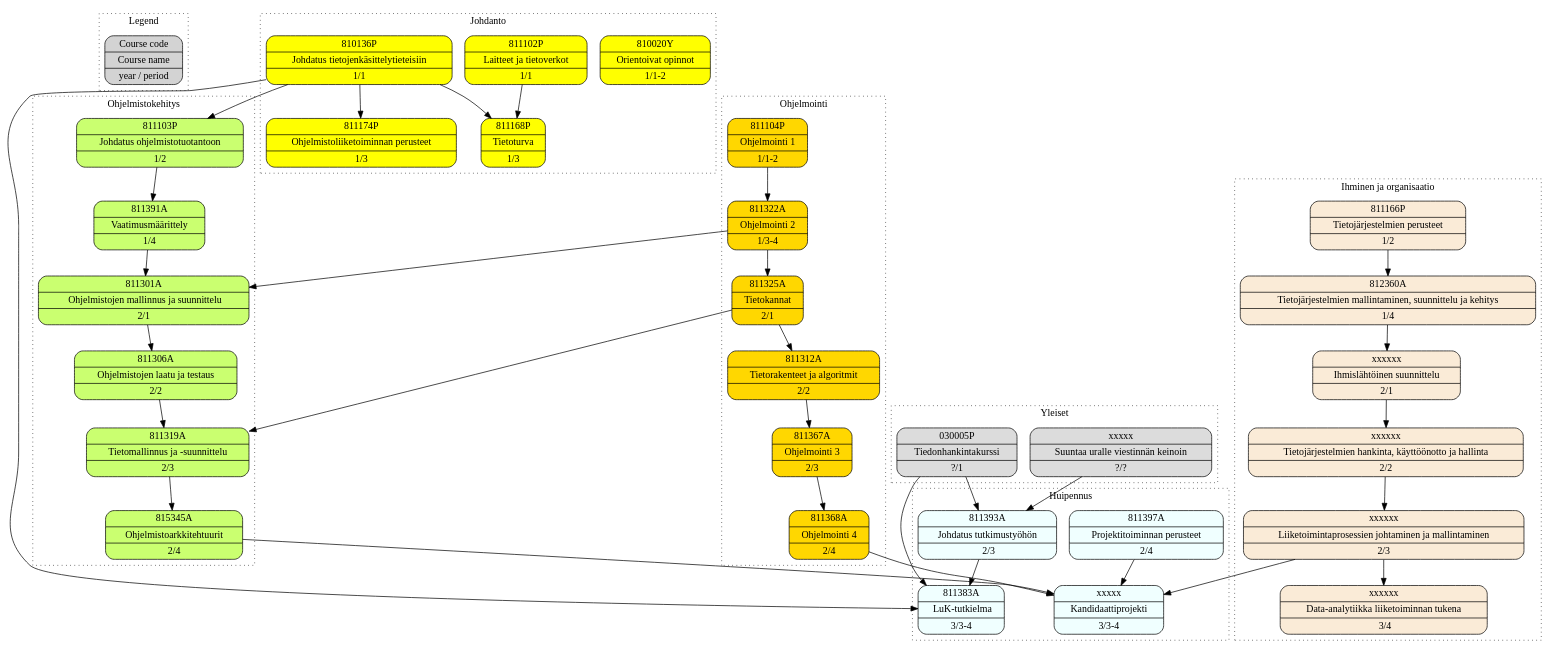
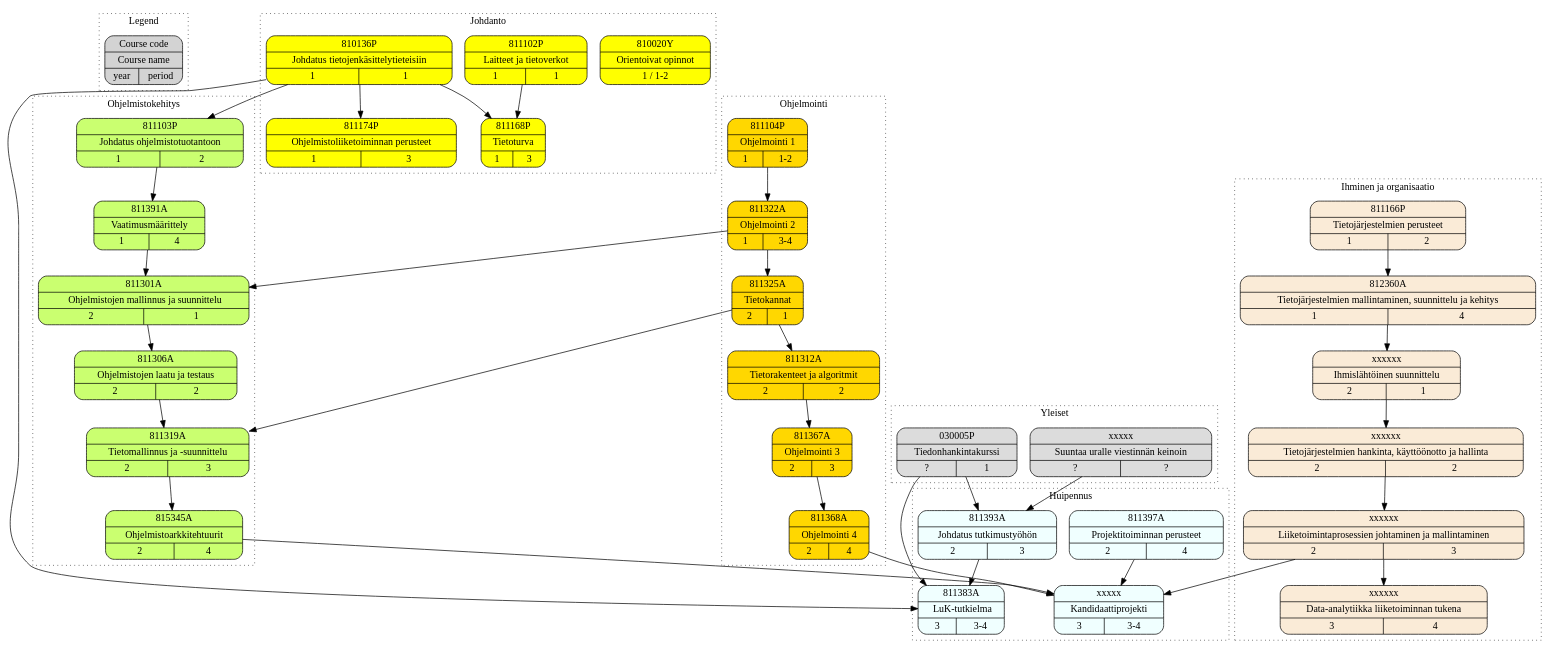
The diagram in LuK-courses.dot (anttijuu/tol-courses-graph), drawn with Graphviz before and after one commit. The commit also changed 1 other file, not shown here.

Commit message:
Separate sections for year and period in course node.

```diff
--- a/LuK-courses.dot
+++ b/LuK-courses.dot
@@ -1,110 +1,110 @@
 digraph TOLLuK {
    node [shape=record, style="rounded,filled"]
    
    subgraph cluster_Legend {
       graph[style=dotted]
       label="Legend"
-      legend [label="{ Course code | Course name | year / period }"]
+      legend [label="{ Course code | Course name | { year | period } }"]
    } 
 
    subgraph cluster_Yleiset {
       graph[style=dotted]
       label="Yleiset"
       node [fillcolor=gainsboro]
-      c030005P [label="{ 030005P | Tiedonhankintakurssi | ?/1 }"]
-      c0006 [label="{ xxxxx | Suuntaa uralle viestinnän keinoin | ?/? }"]
+      c030005P [label="{ 030005P | Tiedonhankintakurssi | { ? | 1 } }"]
+      c0006 [label="{ xxxxx | Suuntaa uralle viestinnän keinoin | { ? | ? } }"]
    }
    
    subgraph cluster_Johdanto {
       graph[style=dotted]
       label="Johdanto"
       node [fillcolor=yellow]
-      c810020Y [label="{ 810020Y | Orientoivat opinnot | 1/1-2 }"]
-      c810136P [label="{ 810136P | Johdatus tietojenkäsittelytieteisiin | 1/1 }"]
-      c811168P [label="{ 811168P | Tietoturva | 1/3 }"]
-      c811174P [label="{ 811174P | Ohjelmistoliiketoiminnan perusteet | 1/3 }"]
-      c811102P [label="{ 811102P | Laitteet ja tietoverkot | 1/1 }"]
+      c810020Y [label="{ 810020Y | Orientoivat opinnot | { 1 / 1-2 } }"]
+      c810136P [label="{ 810136P | Johdatus tietojenkäsittelytieteisiin | { 1 | 1 } }"]
+      c811168P [label="{ 811168P | Tietoturva | { 1 | 3 } }"]
+      c811174P [label="{ 811174P | Ohjelmistoliiketoiminnan perusteet | { 1 | 3 } }"]
+      c811102P [label="{ 811102P | Laitteet ja tietoverkot | { 1 | 1 } }"]
 
       c810136P -> c811168P
       c811102P -> c811168P
       c810136P -> c811174P
    }
    
    subgraph cluster_Ohjelmointi {
       graph[style=dotted]
       label="Ohjelmointi"
       node [fillcolor=gold1]
-      c811104P [label="{ 811104P | Ohjelmointi 1 | 1/1-2 }"]
-      c811322A [label="{ 811322A | Ohjelmointi 2 | 1/3-4 }"]
-      c811325A [label="{ 811325A | Tietokannat | 2/1 }"]
-      c811312A [label="{ 811312A | Tietorakenteet ja algoritmit | 2/2 }"]
-      c811367A [label="{ 811367A | Ohjelmointi 3 | 2/3 }"]
-      c811368A [label="{ 811368A | Ohjelmointi 4 | 2/4 }"]
+      c811104P [label="{ 811104P | Ohjelmointi 1 | { 1 | 1-2 } }"]
+      c811322A [label="{ 811322A | Ohjelmointi 2 | { 1 | 3-4 } }"]
+      c811325A [label="{ 811325A | Tietokannat | { 2 | 1 } }"]
+      c811312A [label="{ 811312A | Tietorakenteet ja algoritmit | { 2 | 2 } }"]
+      c811367A [label="{ 811367A | Ohjelmointi 3 | { 2 | 3 } }"]
+      c811368A [label="{ 811368A | Ohjelmointi 4 | { 2 | 4 } }"]
       
       c811104P -> c811322A
       c811312A -> c811367A
       c811367A -> c811368A
       c811325A -> c811312A
       c811322A -> c811325A
    }
    
    subgraph cluster_Ohjelmistokehitys {
       graph[style=dotted]
       label="Ohjelmistokehitys"
       node [fillcolor=darkolivegreen1]
-      c811103P [label="{ 811103P | Johdatus ohjelmistotuotantoon | 1/2 }"]
-      c811391A [label="{ 811391A | Vaatimusmäärittely | 1/4 }"]
-      c811301A [label="{ 811301A | Ohjelmistojen mallinnus ja suunnittelu | 2/1 }"]
-      c811306A [label="{ 811306A | Ohjelmistojen laatu ja testaus | 2/2 }"]
-      c811319A [label="{ 811319A | Tietomallinnus ja -suunnittelu | 2/3 }"]
-      c815345A [label="{ 815345A | Ohjelmistoarkkitehtuurit | 2/4 }"]
+      c811103P [label="{ 811103P | Johdatus ohjelmistotuotantoon | { 1 | 2 } }"]
+      c811391A [label="{ 811391A | Vaatimusmäärittely | { 1 | 4 } }"]
+      c811301A [label="{ 811301A | Ohjelmistojen mallinnus ja suunnittelu | { 2 | 1 } }"]
+      c811306A [label="{ 811306A | Ohjelmistojen laatu ja testaus | { 2 | 2 } }"]
+      c811319A [label="{ 811319A | Tietomallinnus ja -suunnittelu | { 2 | 3 } }"]
+      c815345A [label="{ 815345A | Ohjelmistoarkkitehtuurit | { 2 | 4 } }"]
       
       c810136P -> c811103P
       c811103P -> c811391A
       c811391A -> c811301A
       c811322A -> c811301A
       c811301A -> c811306A
       c811306A -> c811319A
       c811325A -> c811319A
       c811319A -> c815345A
    }
    
    subgraph cluster_IhminenOrganisaatio {
       graph[style=dotted]
       label="Ihminen ja organisaatio"
       node [fillcolor=antiquewhite]
-      c811166P [label="{ 811166P | Tietojärjestelmien perusteet | 1/2 }"]
-      c812360A [label="{ 812360A | Tietojärjestelmien mallintaminen, suunnittelu ja kehitys | 1/4 }"]
-      c0001 [label="{ xxxxxx | Ihmislähtöinen suunnittelu | 2/1 }"]
-      c0002 [label="{ xxxxxx | Tietojärjestelmien hankinta, käyttöönotto ja hallinta | 2/2 }"]
-      c0003 [label="{ xxxxxx | Liiketoimintaprosessien johtaminen ja mallintaminen | 2/3 }"]
-      c0004 [label="{ xxxxxx | Data-analytiikka liiketoiminnan tukena | 3/4 }"]      
+      c811166P [label="{ 811166P | Tietojärjestelmien perusteet | { 1 |2 } }"]
+      c812360A [label="{ 812360A | Tietojärjestelmien mallintaminen, suunnittelu ja kehitys | { 1 | 4 } }"]
+      c0001 [label="{ xxxxxx | Ihmislähtöinen suunnittelu | { 2 | 1 } }"]
+      c0002 [label="{ xxxxxx | Tietojärjestelmien hankinta, käyttöönotto ja hallinta | { 2 | 2 } }"]
+      c0003 [label="{ xxxxxx | Liiketoimintaprosessien johtaminen ja mallintaminen | { 2 | 3 } }"]
+      c0004 [label="{ xxxxxx | Data-analytiikka liiketoiminnan tukena | { 3 | 4 } }"]      
 
       c811166P -> c812360A
       c812360A -> c0001
       c0001 -> c0002
       c0002 -> c0003
       c0003 -> c0004
    }
    
    subgraph cluster_Huipennus {
       graph[style=dotted]
       label="Huipennus"
       node [fillcolor=azure]
-      c811397A [label="{ 811397A | Projektitoiminnan perusteet | 2/4 }"]
-      c0005 [label="{ xxxxx | Kandidaattiprojekti | 3/3-4 }"]
-      c811393A [label="{ 811393A | Johdatus tutkimustyöhön | 2/3 }"]
-      c811383A [label="{ 811383A | LuK-tutkielma | 3/3-4 }"]
+      c811397A [label="{ 811397A | Projektitoiminnan perusteet | { 2 | 4 } }"]
+      c0005 [label="{ xxxxx | Kandidaattiprojekti | { 3 | 3-4 } }"]
+      c811393A [label="{ 811393A | Johdatus tutkimustyöhön | { 2 | 3 } }"]
+      c811383A [label="{ 811383A | LuK-tutkielma | { 3 | 3-4 } }"]
    
       c030005P -> c811393A
       c0006 -> c811393A
       c811393A -> c811383A
       c030005P -> c811383A
       c810136P -> c811383A
       c811397A -> c0005
       c815345A -> c0005
       c811368A -> c0005
       c0003 -> c0005
    }
    
 }
```
